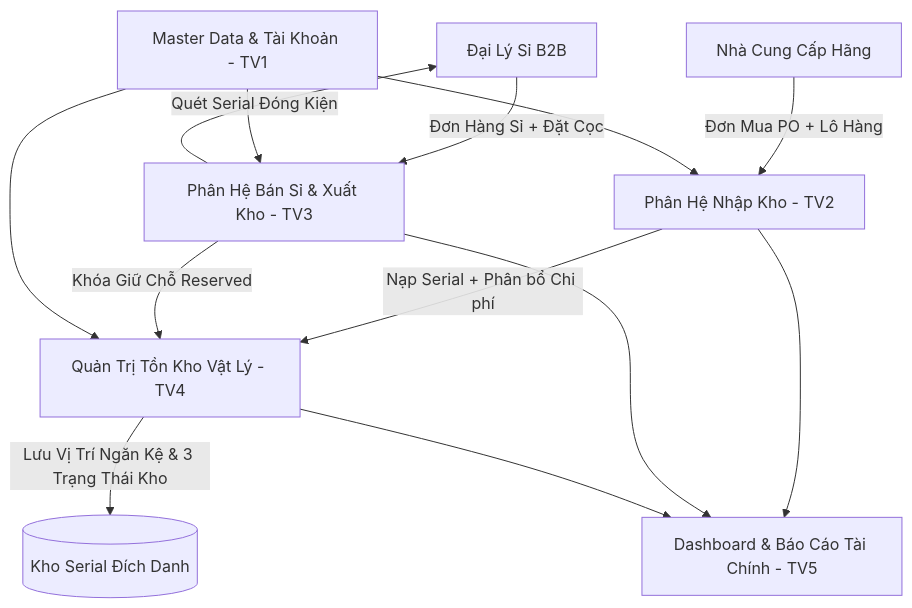
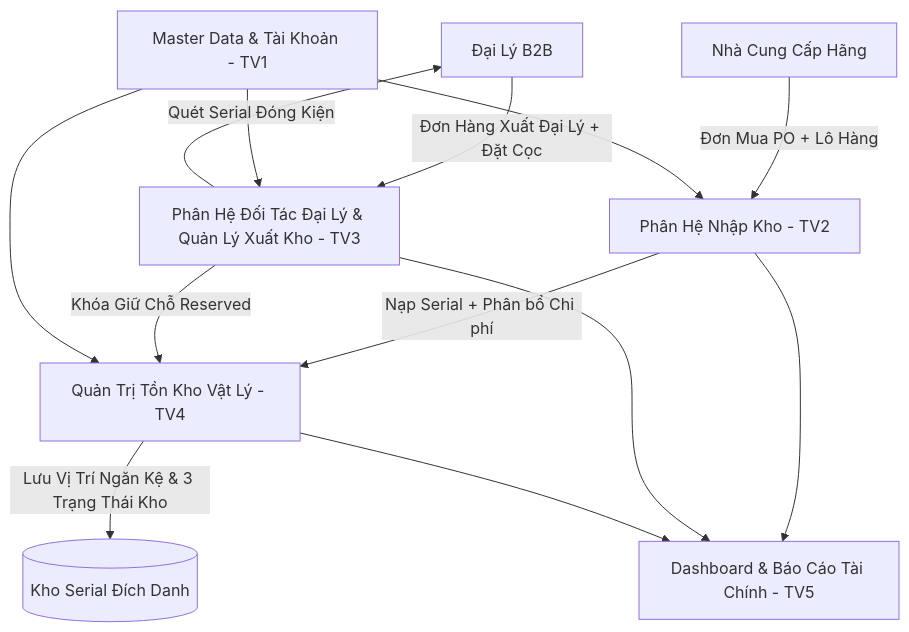
Before and after one commit to binh2351220081-ctrl/LapTrinhMang_5AESiuNhan: the first of 3 diagrams in Document/BAO_CAO_PHAN_TICH_THIET_KE_HE_THONG.md, drawn with Mermaid. The commit also changed other lines of this file and 33 other files, not shown here.

````diff
--- a/Document/BAO_CAO_PHAN_TICH_THIET_KE_HE_THONG.md
+++ b/Document/BAO_CAO_PHAN_TICH_THIET_KE_HE_THONG.md
@@ -47,15 +47,15 @@
 ```mermaid
 graph TD
     NCC[Nhà Cung Cấp Hãng] -->|Đơn Mua PO + Lô Hàng| NHAP[Phân Hệ Nhập Kho - TV2]
     NHAP -->|Nạp Serial + Phân bổ Chi phí| KHO[Quản Trị Tồn Kho Vật Lý - TV4]
     KHO -->|Lưu Vị Trí Ngăn Kệ & 3 Trạng Thái Kho| SERIAL[(Kho Serial Đích Danh)]
-    DL[Đại Lý Sỉ B2B] -->|Đơn Hàng Sỉ + Đặt Cọc| XUAT[Phân Hệ Bán Sỉ & Xuất Kho - TV3]
+    DL[Đại Lý B2B] -->|Đơn Hàng Xuất Đại Lý + Đặt Cọc| XUAT[Phân Hệ Đối Tác Đại Lý & Quản Lý Xuất Kho - TV3]
     XUAT -->|Khóa Giữ Chỗ Reserved| KHO
     XUAT -->|Quét Serial Đóng Kiện| DL
     MASTER[Master Data & Tài Khoản - TV1] --> NHAP
     MASTER --> XUAT
     MASTER --> KHO
     NHAP --> BC[Dashboard & Báo Cáo Tài Chính - TV5]
     XUAT --> BC
     KHO --> BC
 ```
````
